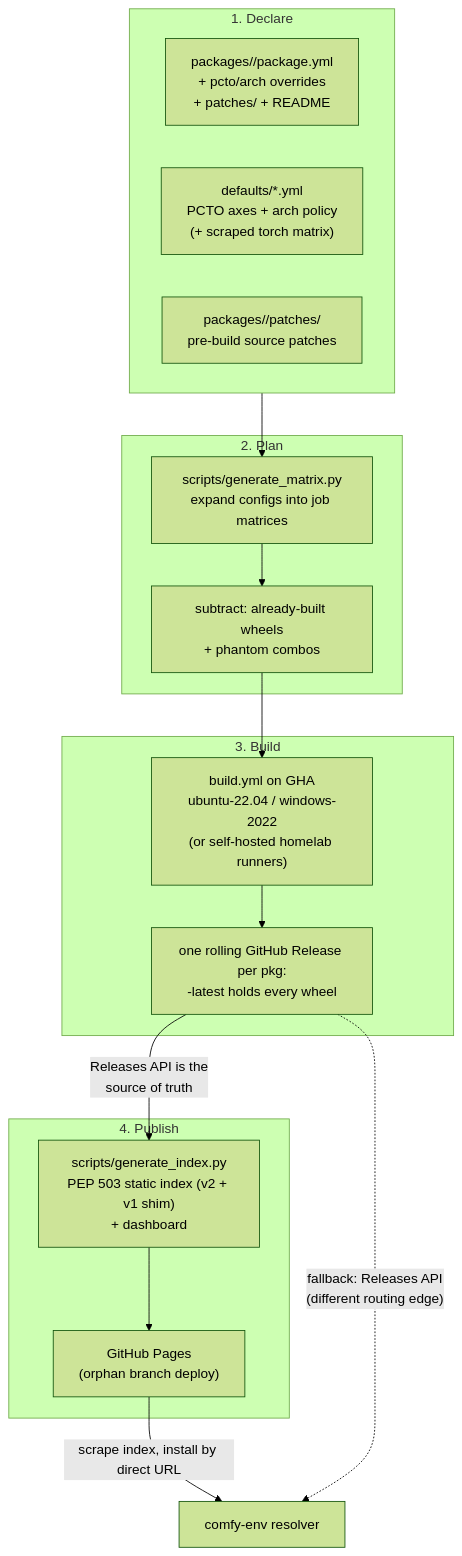
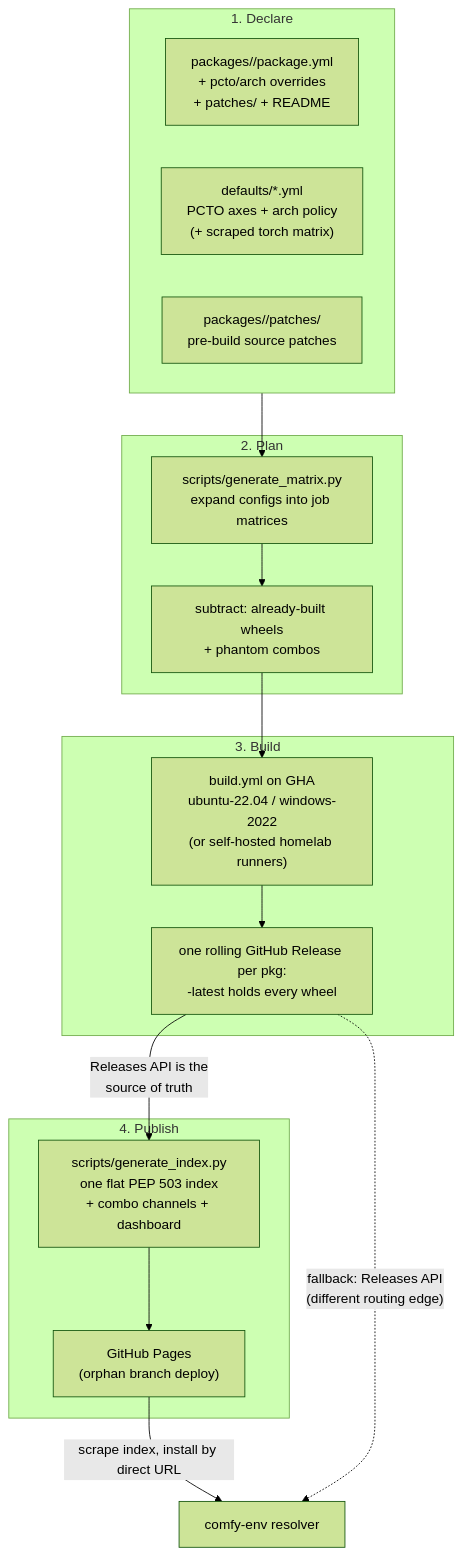
One commit to Comfy-Forge/comfy-forge-docs changed the diagram in docs/cuda-wheels/build-process.md. Above: the diagram before and after it, drawn with Mermaid (forest theme). The commit also changed other lines of this file and 2 other files, not shown here.

Commit message:
docs: the Comfy-Forge line serves one flat index, no v1/v2 split

````diff
--- a/docs/cuda-wheels/build-process.md
+++ b/docs/cuda-wheels/build-process.md
@@ -138,27 +138,27 @@
 ```mermaid
 flowchart TB
     subgraph declare["1. Declare"]
         yml["packages/<name>/package.yml<br/>+ pcto/arch overrides<br/>+ patches/ + README"]
         defaults["defaults/*.yml<br/>PCTO axes + arch policy<br/>(+ scraped torch matrix)"]
         patch["packages/<name>/patches/<br/>pre-build source patches"]
     end
     subgraph plan["2. Plan"]
         gen["scripts/generate_matrix.py<br/>expand configs into job matrices"]
         skip["subtract: already-built wheels<br/>+ phantom combos"]
     end
     subgraph build["3. Build"]
         gha["build.yml on GHA<br/>ubuntu-22.04 / windows-2022<br/>(or self-hosted homelab runners)"]
         rel["one rolling GitHub Release per pkg:<br/><pkg>-latest holds every wheel"]
     end
     subgraph publish["4. Publish"]
-        idx["scripts/generate_index.py<br/>PEP 503 static index (v2 + v1 shim)<br/>+ dashboard"]
+        idx["scripts/generate_index.py<br/>one flat PEP 503 index<br/>+ combo channels + dashboard"]
         pages["GitHub Pages<br/>(orphan branch deploy)"]
     end
     declare --> gen
     gen --> skip --> gha --> rel
     rel -->|"Releases API is the<br/>source of truth"| idx --> pages
 
     consumer["comfy-env resolver"]
     pages -->|"scrape index, install by direct URL"| consumer
     rel -.->|"fallback: Releases API<br/>(different routing edge)"| consumer
 ```
````
